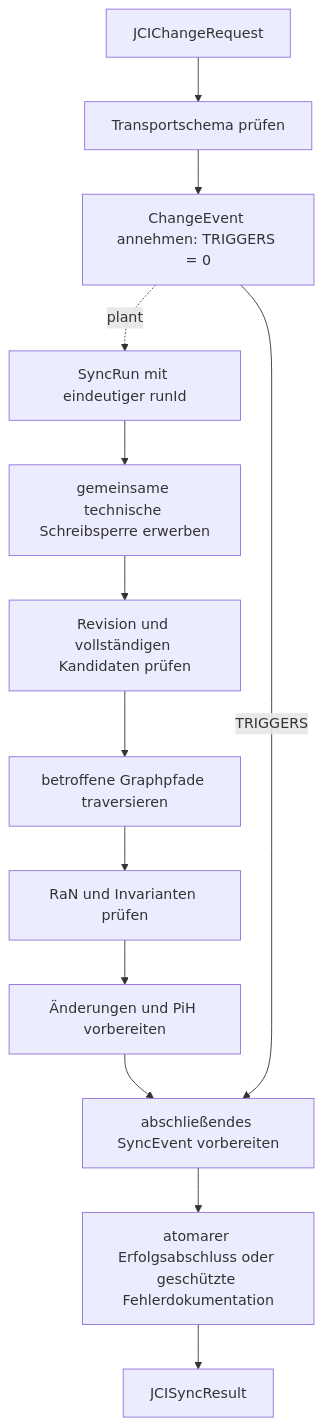
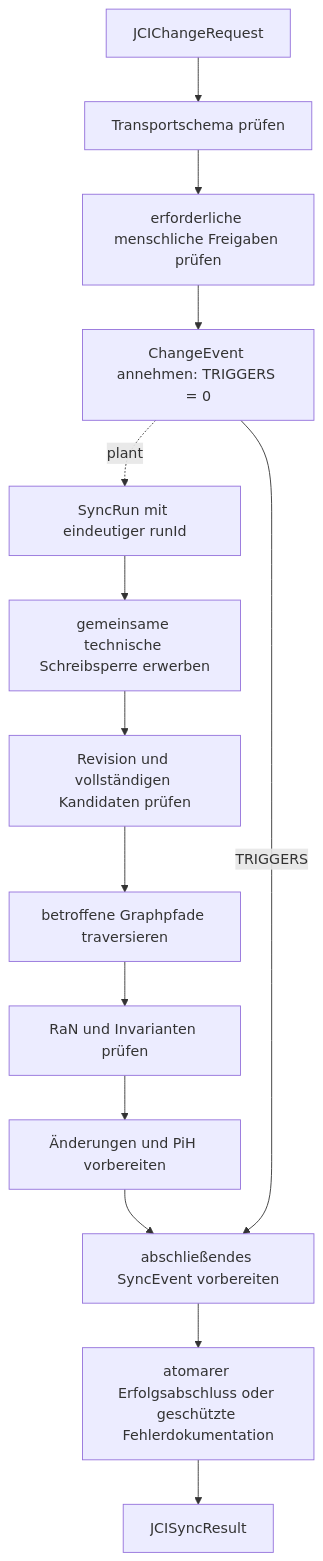
Before and after one commit to eeimicke/junaco-jci-loop: the diagram in docs/guides/JCI_IMPLEMENTATION_GUIDE.md, drawn with Mermaid. The commit also changed other lines of this file and 46 other files, not shown here.

````diff
--- a/docs/guides/JCI_IMPLEMENTATION_GUIDE.md
+++ b/docs/guides/JCI_IMPLEMENTATION_GUIDE.md
@@ -59,15 +89,16 @@
 ```mermaid
 flowchart TD
     Request[JCIChangeRequest] --> Transport[Transportschema prüfen]
-    Transport --> ChangeEvent[ChangeEvent annehmen: TRIGGERS = 0]
+    Transport --> Approval[erforderliche menschliche Freigaben prüfen]
+    Approval --> ChangeEvent[ChangeEvent annehmen: TRIGGERS = 0]
     ChangeEvent -. plant .-> Run[SyncRun mit eindeutiger runId]
     Run --> Gate[gemeinsame technische Schreibsperre erwerben]
     Gate --> Validate[Revision und vollständigen Kandidaten prüfen]
     Validate --> Traverse[betroffene Graphpfade traversieren]
     Traverse --> Rules[RaN und Invarianten prüfen]
     Rules --> Prepare[Änderungen und PiH vorbereiten]
     Prepare --> Event[abschließendes SyncEvent vorbereiten]
     ChangeEvent -->|TRIGGERS| Event
     Event --> Commit[atomarer Erfolgsabschluss oder geschützte Fehlerdokumentation]
     Commit --> Result[JCISyncResult]
 ```
````
